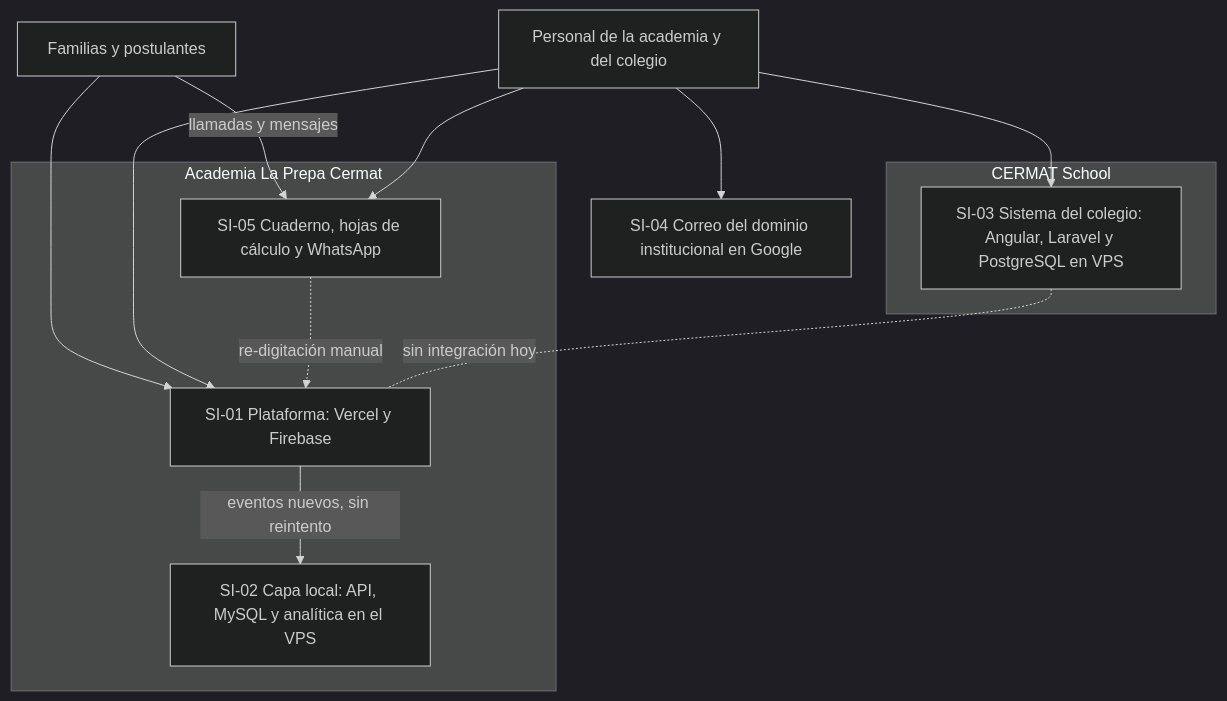
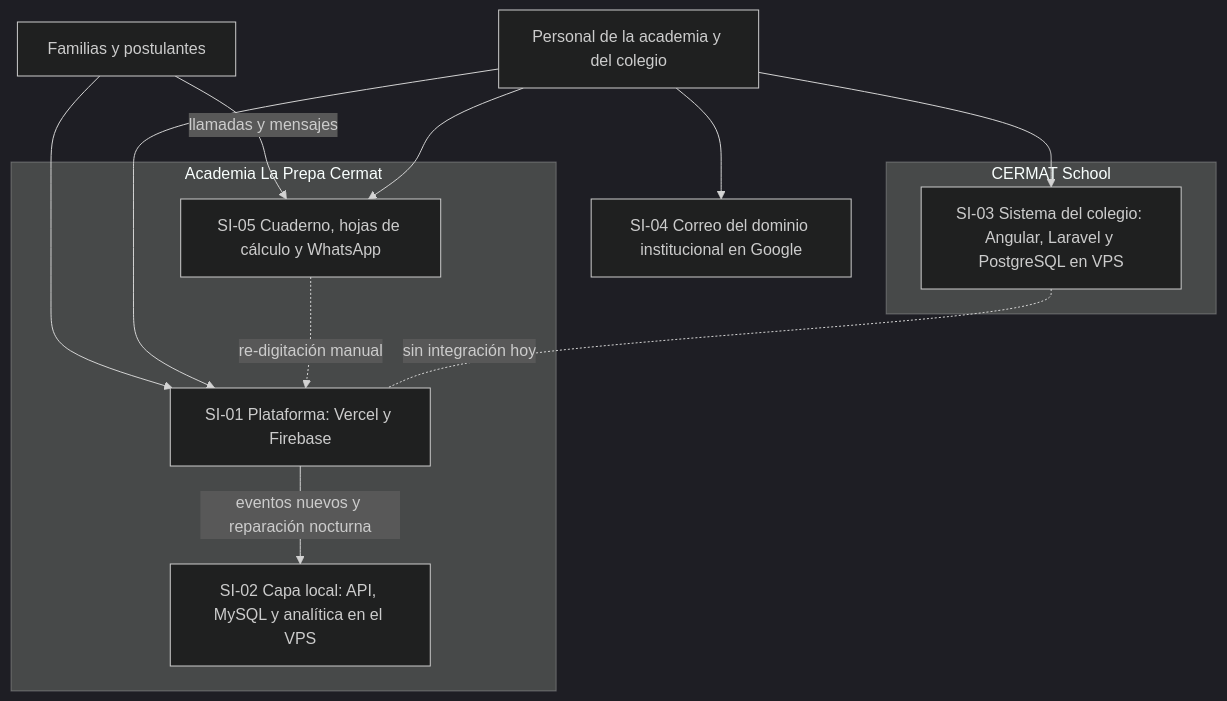
The second of 3 diagrams in docs/gestion-ti/e5-propuesta-solucion-tic-ce0141.md (yucradavid/Perfil-de-egreso-Plataforma-Web-Integral-CERMAT), drawn with Mermaid (dark theme) before and after one commit. The commit also changed other lines of this file and 27 other files, not shown here.

````diff
--- a/docs/gestion-ti/e5-propuesta-solucion-tic-ce0141.md
+++ b/docs/gestion-ti/e5-propuesta-solucion-tic-ce0141.md
@@ -106,23 +106,23 @@
 ```mermaid
 flowchart TB
   FAM["Familias y postulantes"]
   PER["Personal de la academia y del colegio"]
   subgraph ACA["Academia La Prepa Cermat"]
     SI01["SI-01 Plataforma: Vercel y Firebase"]
     SI02["SI-02 Capa local: API, MySQL y analítica en el VPS"]
     SI05["SI-05 Cuaderno, hojas de cálculo y WhatsApp"]
   end
   subgraph COLE["CERMAT School"]
     SI03["SI-03 Sistema del colegio: Angular, Laravel y PostgreSQL en VPS"]
   end
   SI04["SI-04 Correo del dominio institucional en Google"]
   FAM --> SI01
   FAM -- "llamadas y mensajes" --> SI05
   PER --> SI01
   PER --> SI05
   PER --> SI03
   PER --> SI04
-  SI01 -- "eventos nuevos, sin reintento" --> SI02
+  SI01 -- "eventos nuevos y reparación nocturna" --> SI02
   SI05 -. "re-digitación manual" .-> SI01
   SI03 -. "sin integración hoy" .- SI01
 ```
````
